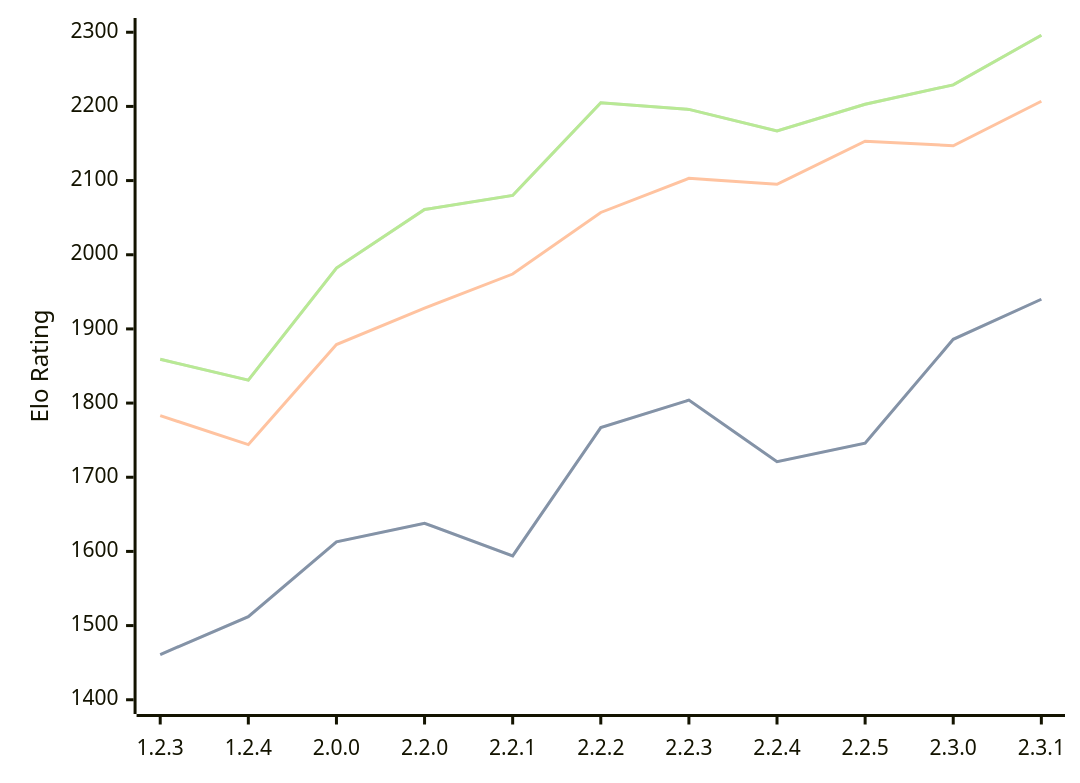
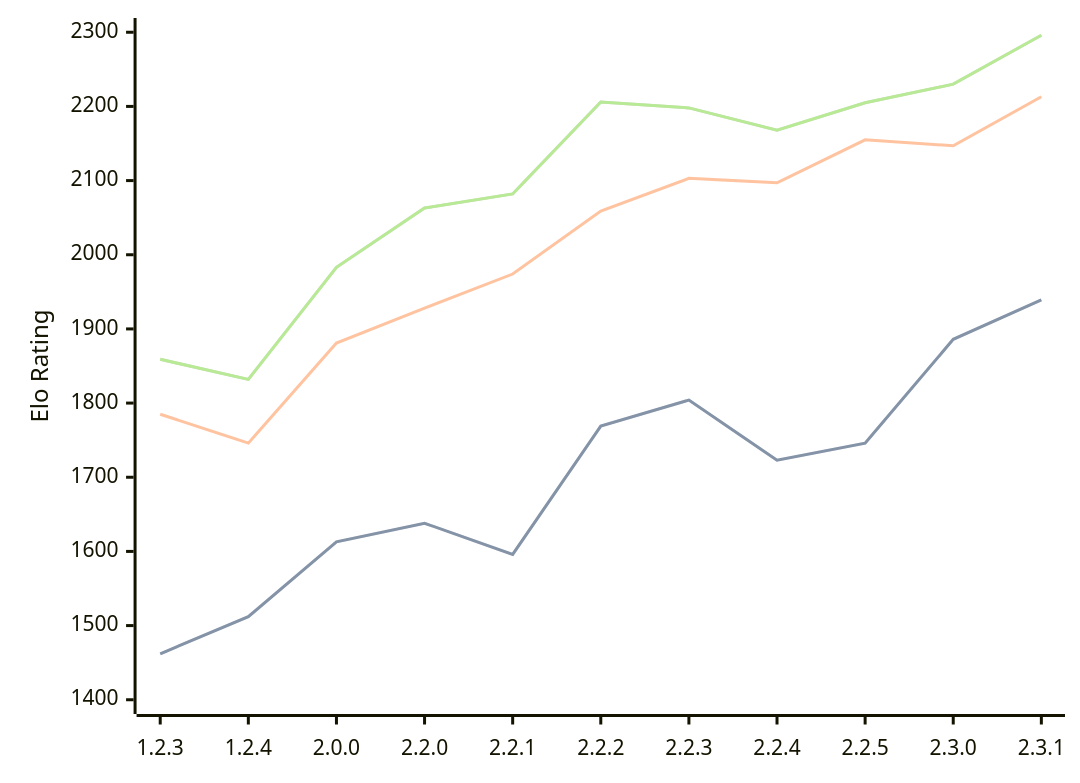
One commit to computer-chess-index/cci changed the diagram in engines/Kreveta.md. Above: the diagram before and after it, drawn with Mermaid. The commit also changed other lines of this file, not shown here.

Commit message:
Update CCI Ratings (ELO VLTC) - 2026-07-24

````diff
--- a/engines/Kreveta.md
+++ b/engines/Kreveta.md
@@ -43,11 +43,11 @@
 ```mermaid
 %%{init: {"theme":"base","themeVariables":{"seriesColors:['#a3a3a3','#222221','#faa371']}}}%%
 xychart-beta
   x-axis ["1.2.3", "1.2.4", "2.0.0", "2.2.0", "2.2.1", "2.2.2", "2.2.3", "2.2.4", "2.2.5", "2.3.0", "2.3.1"]
   y-axis "Elo Rating" 1400 --> 2300
-  line "STC (8.0+0.08s)" [1461, 1512, 1613, 1638, 1594, 1767, 1804, 1721, 1746, 1886, 1940]
-  line "STC (8.0+0.08s)" [1461, 1512, 1613, 1638, 1594, 1767, 1804, 1721, 1746, 1886, 1940]
-  line "LTC (60.0+0.60s)" [1783, 1744, 1879, 1928, 1974, 2057, 2103, 2095, 2153, 2147, 2207]
-  line "VLTC (2m24s+1.12s)" [1859, 1831, 1982, 2061, 2080, 2205, 2196, 2167, 2203, 2229, 2296]
-  line "VLTC (2m24s+1.12s)" [1859, 1831, 1982, 2061, 2080, 2205, 2196, 2167, 2203, 2229, 2296]
+  line "STC (8.0+0.08s)" [1462, 1512, 1613, 1638, 1596, 1769, 1804, 1723, 1746, 1886, 1939]
+  line "STC (8.0+0.08s)" [1462, 1512, 1613, 1638, 1596, 1769, 1804, 1723, 1746, 1886, 1939]
+  line "LTC (60.0+0.60s)" [1785, 1746, 1881, 1928, 1974, 2059, 2103, 2097, 2155, 2147, 2213]
+  line "VLTC (2m24s+1.12s)" [1859, 1832, 1983, 2063, 2082, 2206, 2198, 2168, 2205, 2230, 2296]
+  line "VLTC (2m24s+1.12s)" [1859, 1832, 1983, 2063, 2082, 2206, 2198, 2168, 2205, 2230, 2296]
 ```
````
